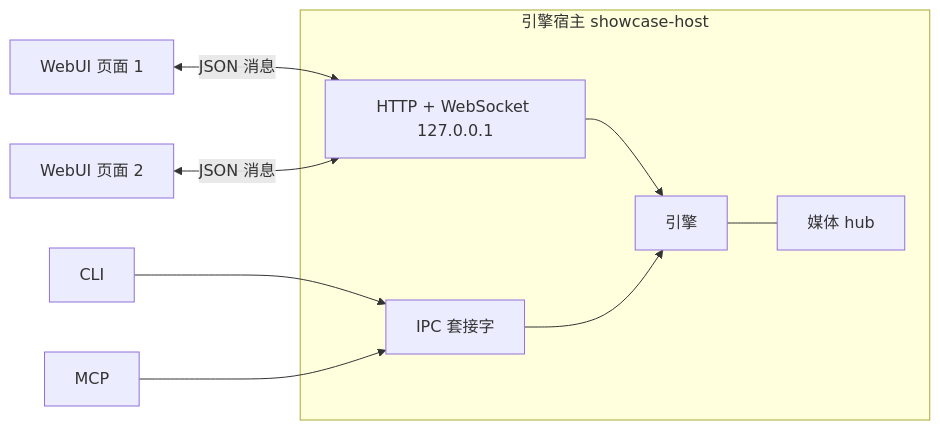
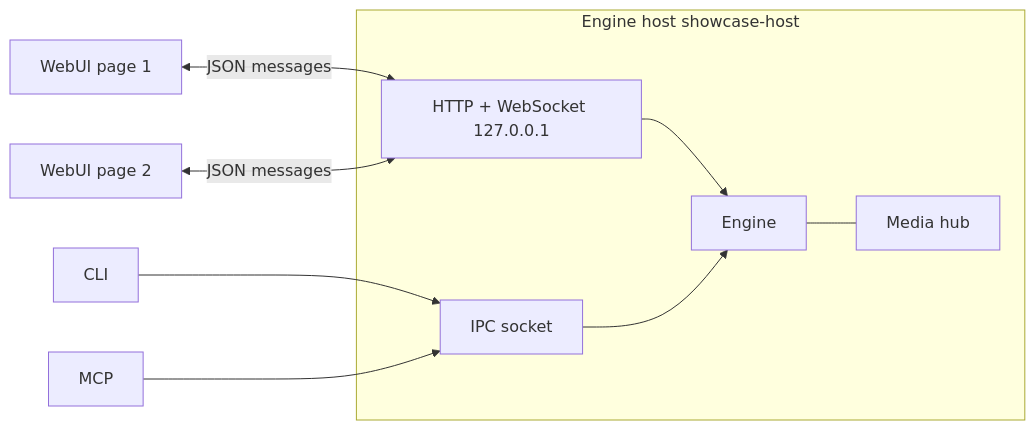
One commit to AimesSoft/Bern changed the second of 2 diagrams in Docs/Implementation/Web.md. Above: the diagram before and after it, drawn with Mermaid. The commit also changed other lines of this file and 59 other files, not shown here.

````diff
--- a/Docs/Implementation/Web.md
+++ b/Docs/Implementation/Web.md
@@ -152,12 +154,12 @@
 ```mermaid
 flowchart LR
-    subgraph Host[引擎宿主 showcase-host]
-        Engine[引擎] --- Hub[媒体 hub]
+    subgraph Host[Engine host showcase-host]
+        Engine[Engine] --- Hub[Media hub]
         WS[HTTP + WebSocket 127.0.0.1] --> Engine
-        IPC[IPC 套接字] --> Engine
+        IPC[IPC socket] --> Engine
     end
-    Page1[WebUI 页面 1] <-->|JSON 消息| WS
-    Page2[WebUI 页面 2] <-->|JSON 消息| WS
+    Page1[WebUI page 1] <-->|JSON messages| WS
+    Page2[WebUI page 2] <-->|JSON messages| WS
     CLI[CLI] --> IPC
     MCP[MCP] --> IPC
 ```
````
